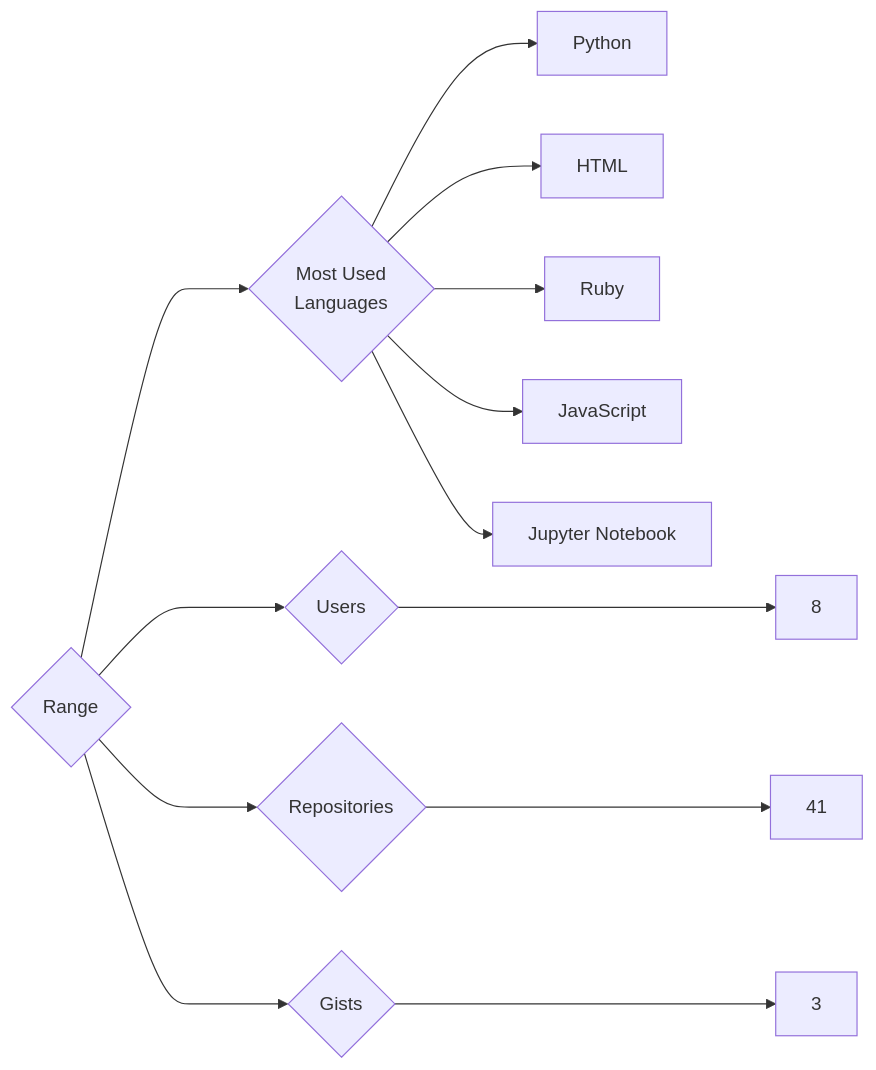
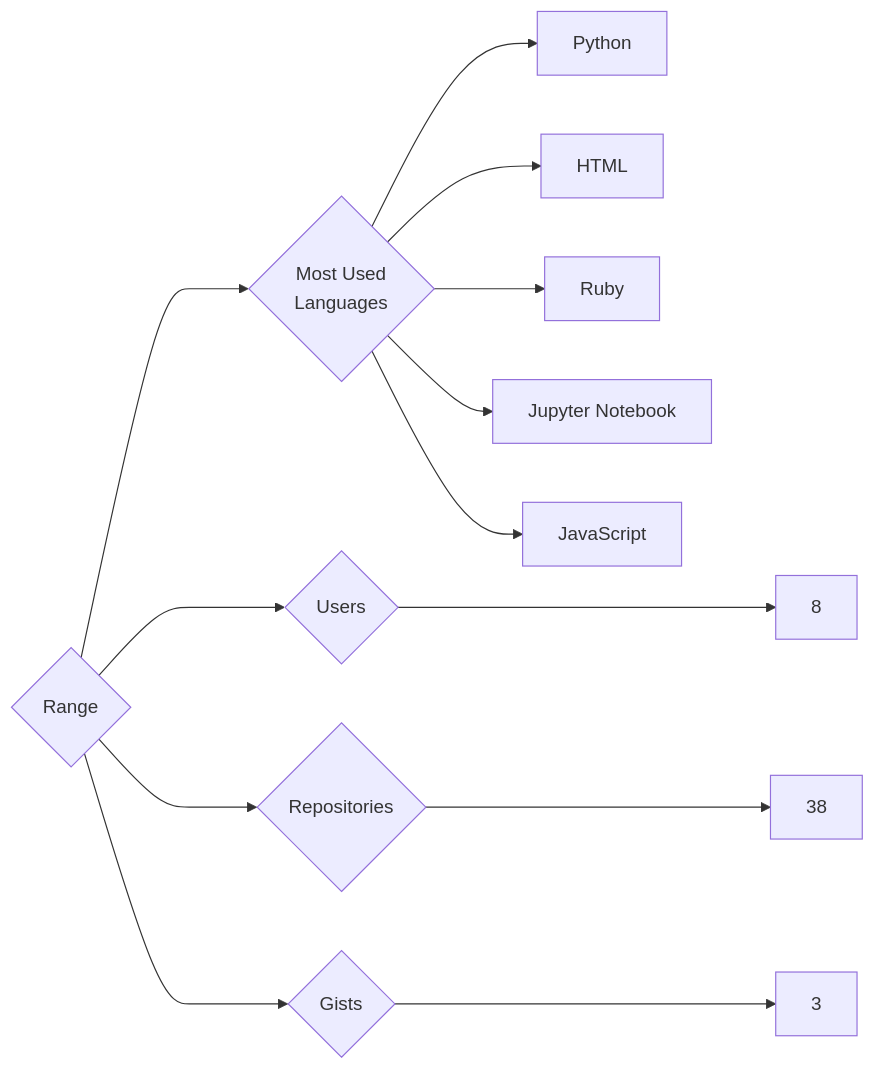
One commit to trickest/insiders changed the diagram in targets/Range/README.md. Above: the diagram before and after it, drawn with Mermaid. The commit also changed 1508 other files, not shown here.

````diff
--- a/targets/Range/README.md
+++ b/targets/Range/README.md
@@ -3,13 +3,13 @@
 ```mermaid
 graph LR
 COMPANY_NAME{Range}
 COMPANY_NAME ---> U{Users} ---> UN[8]
-COMPANY_NAME ---> R{Repositories} ---> RN[41]
+COMPANY_NAME ---> R{Repositories} ---> RN[38]
 COMPANY_NAME ---> G{Gists} ---> GN[3]
 COMPANY_NAME ---> ML{Most Used<br>Languages}
 ML --> Python[Python]
 ML --> HTML[HTML]
 ML --> Ruby[Ruby]
+ML --> Jupyter_Notebook[Jupyter Notebook]
 ML --> JavaScript[JavaScript]
-ML --> Jupyter_Notebook[Jupyter Notebook]
 ```
````
